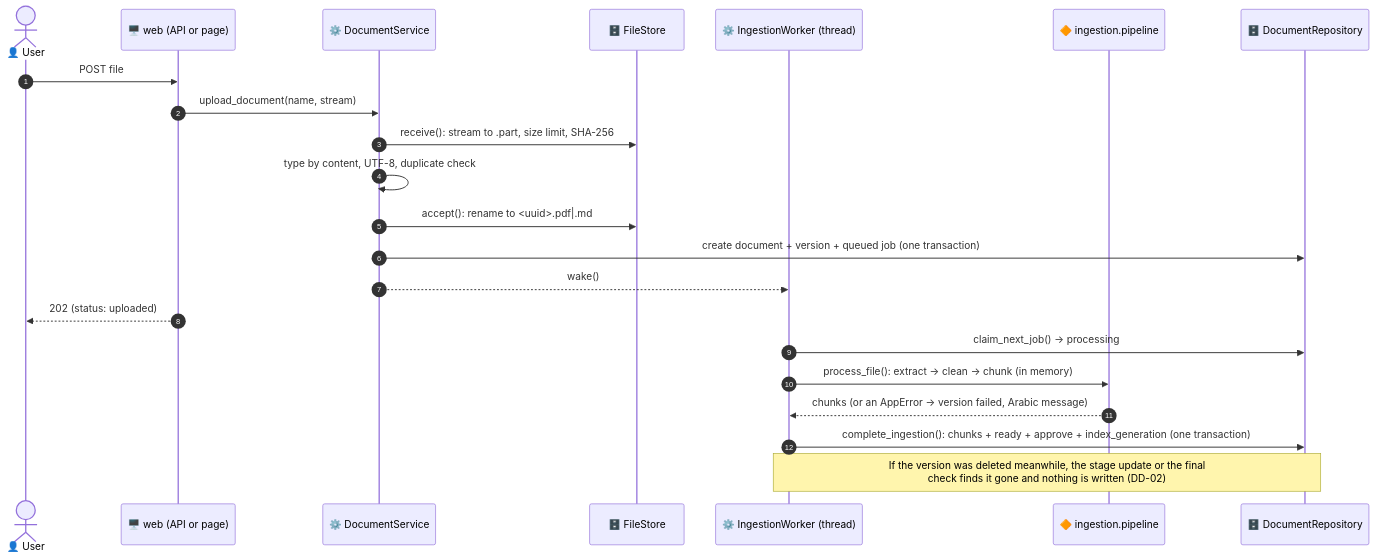
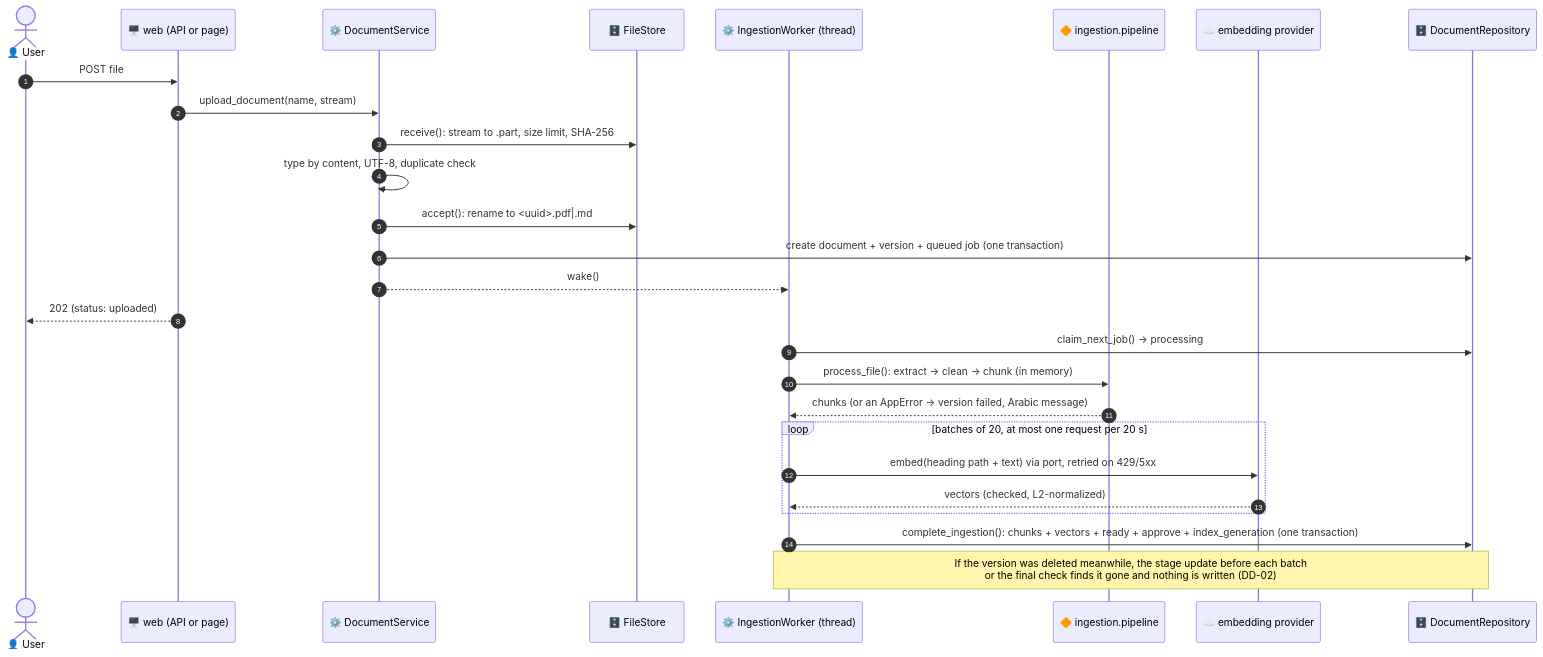
The third of 3 diagrams in docs/06_DEVELOPER_GUIDE.md (videomontage675-design/rag-ai-project), drawn with Mermaid before and after one commit. The commit also changed other lines of this file and 2 other files, not shown here.

First line of the commit message:
docs(phase-7): document embeddings, the vector index, and re-indexing

````diff
--- a/docs/06_DEVELOPER_GUIDE.md
+++ b/docs/06_DEVELOPER_GUIDE.md
@@ -204,25 +213,30 @@
 ```mermaid
 sequenceDiagram
     autonumber
     actor U as 👤 User
     participant A as 🖥️ web (API or page)
     participant S as ⚙️ DocumentService
     participant F as 🗄️ FileStore
     participant W as ⚙️ IngestionWorker (thread)
     participant P as 🔶 ingestion.pipeline
+    participant E as ☁️ embedding provider
     participant R as 🗄️ DocumentRepository
 
     U->>A: POST file
     A->>S: upload_document(name, stream)
     S->>F: receive(): stream to .part, size limit, SHA-256
     S->>S: type by content, UTF-8, duplicate check
     S->>F: accept(): rename to <uuid>.pdf|.md
     S->>R: create document + version + queued job (one transaction)
     S-->>W: wake()
     A-->>U: 202 (status: uploaded)
     W->>R: claim_next_job() → processing
     W->>P: process_file(): extract → clean → chunk (in memory)
     P-->>W: chunks (or an AppError → version failed, Arabic message)
-    W->>R: complete_ingestion(): chunks + ready + approve + index_generation (one transaction)
-    Note over W,R: If the version was deleted meanwhile, the stage update or the final<br/>check finds it gone and nothing is written (DD-02)
+    loop batches of 20, at most one request per 20 s
+        W->>E: embed(heading path + text) via port, retried on 429/5xx
+        E-->>W: vectors (checked, L2-normalized)
+    end
+    W->>R: complete_ingestion(): chunks + vectors + ready + approve + index_generation (one transaction)
+    Note over W,R: If the version was deleted meanwhile, the stage update before each batch<br/>or the final check finds it gone and nothing is written (DD-02)
 ```
````
